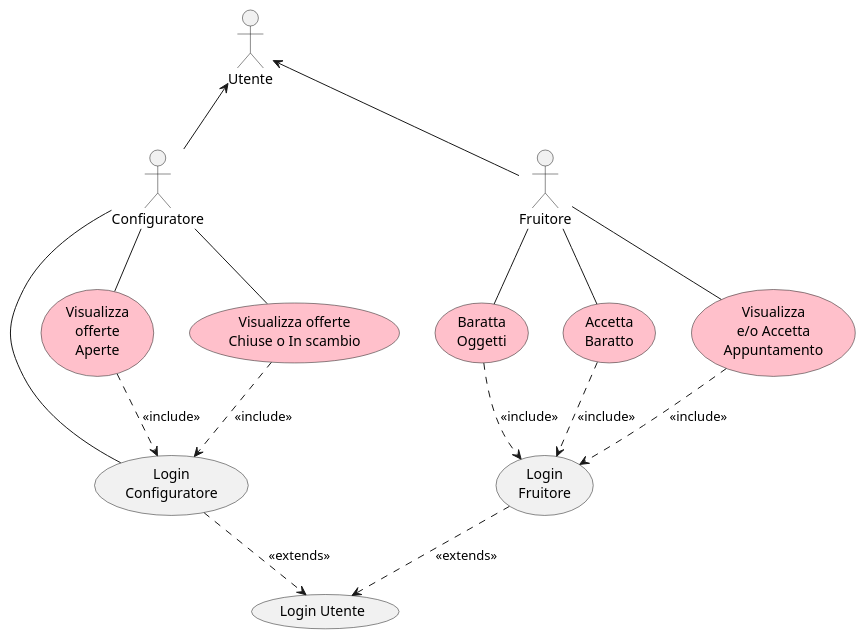
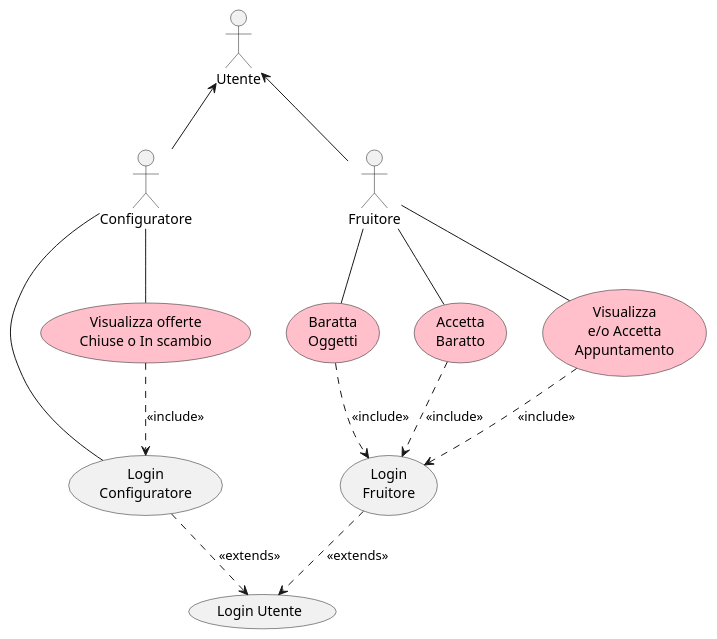
One commit to bernagit/IngegneriaSoftware changed the diagram in Documentation/Ver4/usecase.puml. Above: the diagram before and after it, drawn with PlantUML. The commit also changed 1 other file, not shown here.

```diff
--- a/Documentation/Ver4/usecase.puml
+++ b/Documentation/Ver4/usecase.puml
@@ -1,75 +1,72 @@
 @startuml ver1
 
 :Configuratore: as conf
 :Utente: as user
 ':Amministratore: as admin
 conf -up-> user
 
 conf -- (Login\nConfiguratore)
 'conf -- (Visualizza\nGerarchia)
 'conf -- (Creazione\nGerarchia)
 'conf -- (Registrazione\nConfiguratore)
 
 'admin -- (Registrazione\nConfiguratore)
 
 '(Creazione\nGerarchia) ..> (Login\nConfiguratore): <<include>>
 (Login\nConfiguratore) ..> (Login Utente): <<extends>>
 
 'Versione 2'
 
 :Fruitore: as fruit
 fruit -up-> user
 
 '(Aggiungi\nScambio)
 (Login\nFruitore)
 '(Registrazione\nFruitore)
 '(Visualizza\nScambi)
 
 'conf --(Aggiungi\nScambio)
 'fruit -- (Visualizza\nScambi)
 'fruit -- (Registrazione\nFruitore)
 'fruit -- (Login\nFruitore)
 
 (Login\nFruitore) ..> (Login Utente): <<extends>>
 '(Visualizza\nScambi) ..> (Login\nFruitore): <<include>>
 '(Aggiungi\nScambio) ..> (Login\nConfiguratore): <<include>>
 
 'versione 3'
 '(Visualizza\nOfferte\nper categoria)
 '(Pubblica\nArticolo)
 '(Ritira\nOfferta)
 '(Visualizza\nOfferte\nPubblicate)
 
 'fruit -- (Visualizza\nOfferte\nper categoria)
 'fruit -- (Pubblica\nArticolo)
 'fruit -- (Ritira\nOfferta)
 'fruit -- (Visualizza\nOfferte\nPubblicate)
 'conf -- (Visualizza\nOfferte\nper categoria)
 
 '(Visualizza\nOfferte\nper categoria) ..> (Login\nFruitore): <<include>>
 '(Pubblica\nArticolo) ..> (Login\nFruitore): <<include>>
 '(Ritira\nOfferta) ..> (Login\nFruitore): <<include>>
 '(Visualizza\nOfferte\nPubblicate) ..> (Login\nFruitore): <<include>>
 '(Visualizza\nOfferte\nper categoria) ..> (Login\nConfiguratore): <<include>>
 
 'Versione 4'
 (Baratta\nOggetti) #Pink
 (Accetta\nBaratto) #Pink
 (Visualizza\ne/o Accetta\nAppuntamento) #Pink
-(Visualizza\nofferte\nAperte) #Pink
 (Visualizza offerte\nChiuse o In scambio) #Pink
 
 fruit -- (Baratta\nOggetti)
 fruit -- (Accetta\nBaratto)
 fruit -- (Visualizza\ne/o Accetta\nAppuntamento)
-conf -- (Visualizza\nofferte\nAperte)
 conf -- (Visualizza offerte\nChiuse o In scambio)
 
 (Baratta\nOggetti) ..> (Login\nFruitore): <<include>>
 (Accetta\nBaratto) ..> (Login\nFruitore): <<include>>
 (Visualizza\ne/o Accetta\nAppuntamento) ..> (Login\nFruitore): <<include>>
-(Visualizza\nofferte\nAperte) ..> (Login\nConfiguratore): <<include>>
 (Visualizza offerte\nChiuse o In scambio) ..> (Login\nConfiguratore): <<include>>
 
 
 @enduml
```
